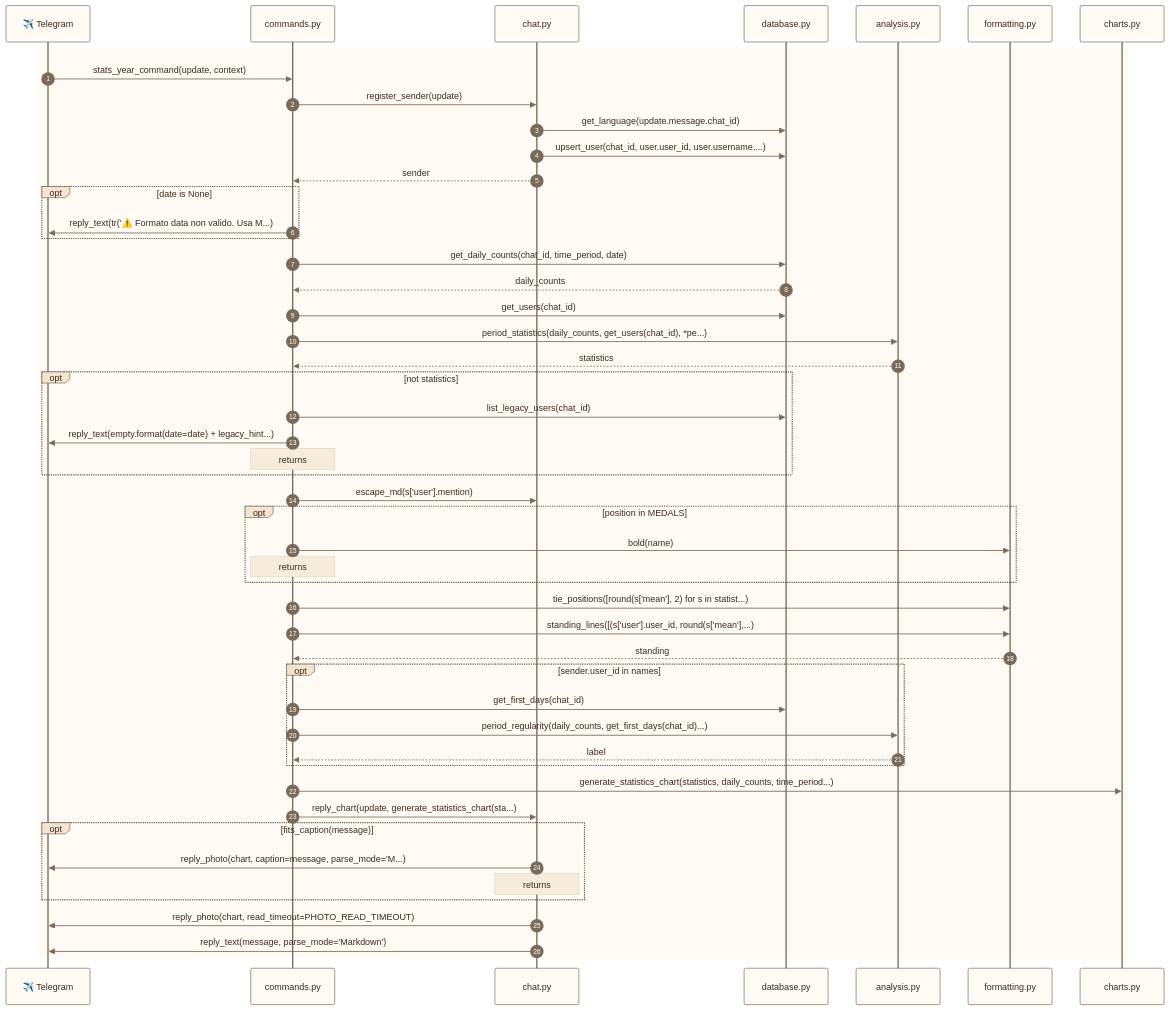
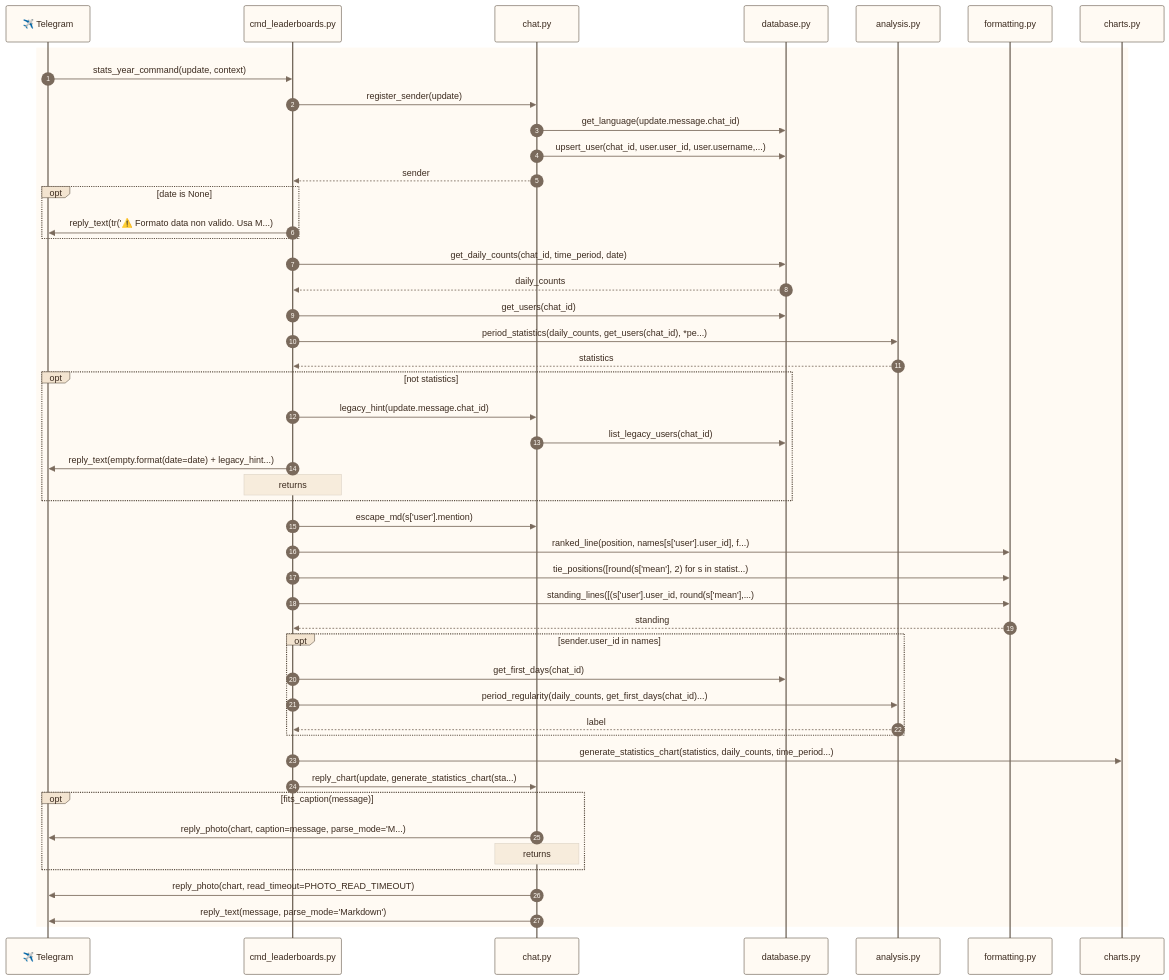
Before and after one commit to francescoperrino/Caccometro: the tenth of 42 diagrams in docs/use_cases.md, drawn with Mermaid. The commit also changed other lines of this file and 30 other files, not shown here.

```diff
--- a/docs/use_cases.md
+++ b/docs/use_cases.md
@@ -816,49 +810,47 @@
 ---
 sequenceDiagram
     accTitle: Sequence diagram, /stats_year (/statistiche_anno)
-    accDescr: The calls between the modules in time order, starting from commands.stats_year_command
+    accDescr: The calls between the modules in time order, starting from cmd_leaderboards.stats_year_command
     autonumber
     participant telegram as ✈️ Telegram
-    participant commands as commands.py
+    participant cmd_leaderboards as cmd_leaderboards.py
     participant chat as chat.py
     participant database as database.py
     participant analysis as analysis.py
     participant formatting as formatting.py
     participant charts as charts.py
     rect rgb(255, 250, 243)
-        telegram->>commands: stats_year_command(update, context)
-        commands->>chat: register_sender(update)
+        telegram->>cmd_leaderboards: stats_year_command(update, context)
+        cmd_leaderboards->>chat: register_sender(update)
         chat->>database: get_language(update.message.chat_id)
         chat->>database: upsert_user(chat_id, user.user_id, user.username,...)
-        chat-->>commands: sender
+        chat-->>cmd_leaderboards: sender
         opt date is None
-            commands->>telegram: reply_text(tr('⚠️ Formato data non valido. Usa M...)
+            cmd_leaderboards->>telegram: reply_text(tr('⚠️ Formato data non valido. Usa M...)
         end
-        commands->>database: get_daily_counts(chat_id, time_period, date)
-        database-->>commands: daily_counts
-        commands->>database: get_users(chat_id)
-        commands->>analysis: period_statistics(daily_counts, get_users(chat_id), *pe...)
-        analysis-->>commands: statistics
+        cmd_leaderboards->>database: get_daily_counts(chat_id, time_period, date)
+        database-->>cmd_leaderboards: daily_counts
+        cmd_leaderboards->>database: get_users(chat_id)
+        cmd_leaderboards->>analysis: period_statistics(daily_counts, get_users(chat_id), *pe...)
+        analysis-->>cmd_leaderboards: statistics
         opt not statistics
-            commands->>database: list_legacy_users(chat_id)
-            commands->>telegram: reply_text(empty.format(date=date) + legacy_hint...)
-            Note over commands: returns
+            cmd_leaderboards->>chat: legacy_hint(update.message.chat_id)
+            chat->>database: list_legacy_users(chat_id)
+            cmd_leaderboards->>telegram: reply_text(empty.format(date=date) + legacy_hint...)
+            Note over cmd_leaderboards: returns
         end
-        commands->>chat: escape_md(s['user'].mention)
-        opt position in MEDALS
-            commands->>formatting: bold(name)
-            Note over commands: returns
+        cmd_leaderboards->>chat: escape_md(s['user'].mention)
+        cmd_leaderboards->>formatting: ranked_line(position, names[s['user'].user_id], f...)
+        cmd_leaderboards->>formatting: tie_positions([round(s['mean'], 2) for s in statist...)
+        cmd_leaderboards->>formatting: standing_lines([(s['user'].user_id, round(s['mean'],...)
+        formatting-->>cmd_leaderboards: standing
+        opt sender.user_id in names
+            cmd_leaderboards->>database: get_first_days(chat_id)
+            cmd_leaderboards->>analysis: period_regularity(daily_counts, get_first_days(chat_id)...)
+            analysis-->>cmd_leaderboards: label
         end
-        commands->>formatting: tie_positions([round(s['mean'], 2) for s in statist...)
-        commands->>formatting: standing_lines([(s['user'].user_id, round(s['mean'],...)
-        formatting-->>commands: standing
-        opt sender.user_id in names
-            commands->>database: get_first_days(chat_id)
-            commands->>analysis: period_regularity(daily_counts, get_first_days(chat_id)...)
-            analysis-->>commands: label
-        end
-        commands->>charts: generate_statistics_chart(statistics, daily_counts, time_period...)
-        commands->>chat: reply_chart(update, generate_statistics_chart(sta...)
+        cmd_leaderboards->>charts: generate_statistics_chart(statistics, daily_counts, time_period...)
+        cmd_leaderboards->>chat: reply_chart(update, generate_statistics_chart(sta...)
         opt fits_caption(message)
             chat->>telegram: reply_photo(chart, caption=message, parse_mode='M...)
             Note over chat: returns
```
